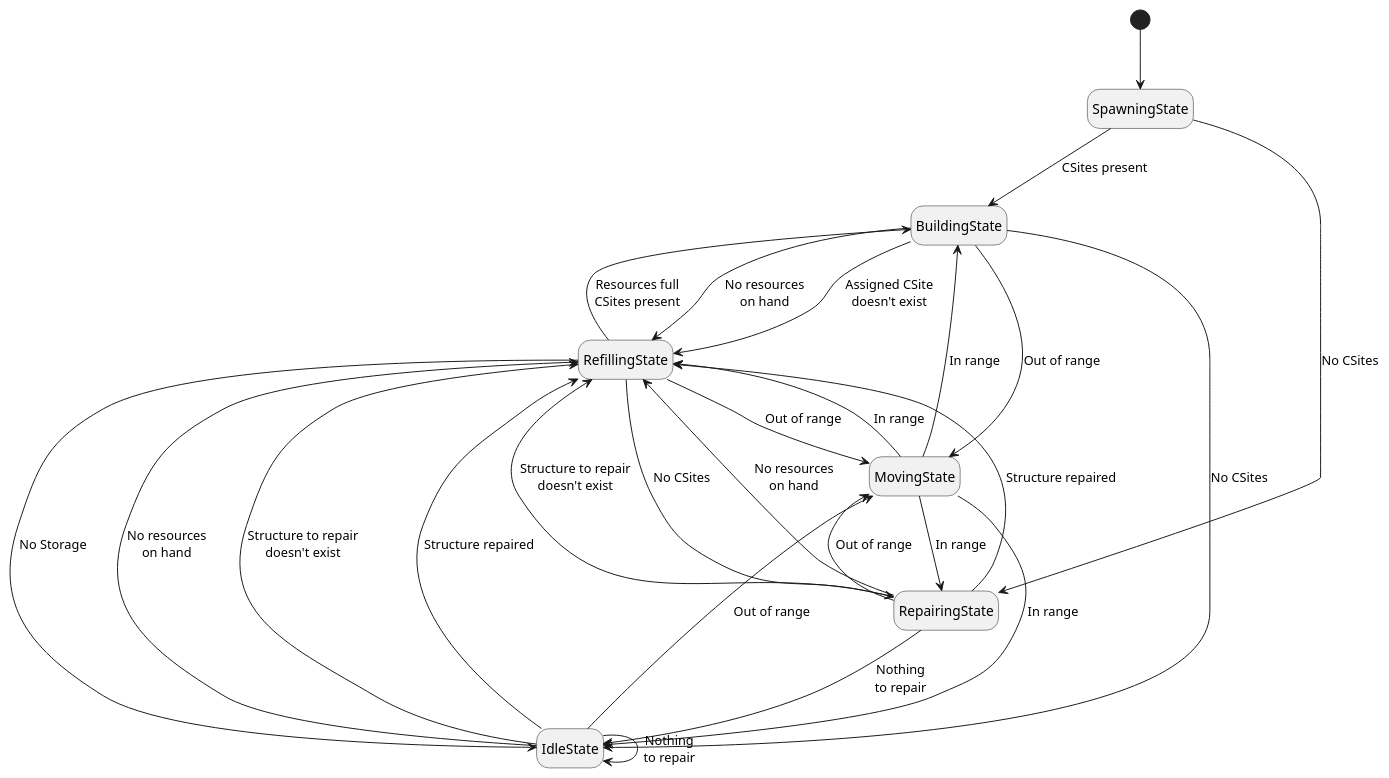
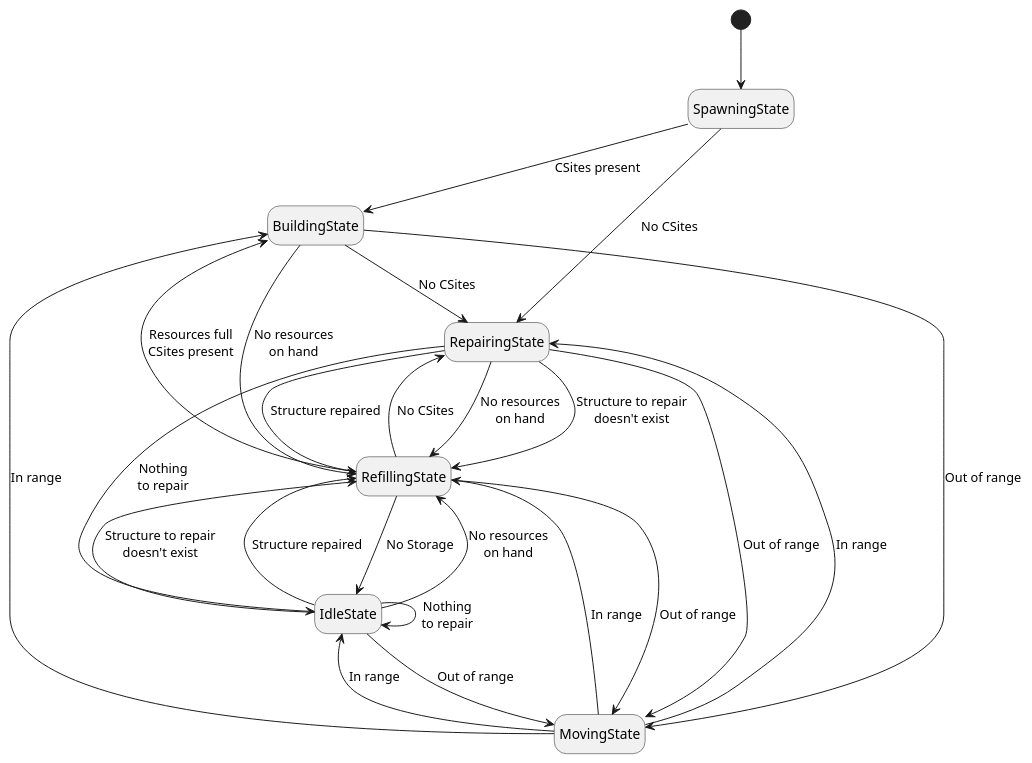
The diagram in docs/roles/Builder.puml (tomekbielaszewski/screeps-typescript), drawn with PlantUML before and after one commit. The commit also changed 2 other files, not shown here.

Commit message:
simplified BuildingState for Builder role and introduced substates

```diff
--- a/docs/roles/Builder.puml
+++ b/docs/roles/Builder.puml
@@ -1,33 +1,32 @@
 @startuml
 hide empty description
 [*] --> SpawningState
 SpawningState --> BuildingState : CSites present
 SpawningState --> RepairingState : No CSites
 
 BuildingState --> RefillingState : No resources\non hand
-BuildingState --> IdleState : No CSites
-BuildingState --> RefillingState : Assigned CSite\ndoesn't exist
+BuildingState --> RepairingState : No CSites
 BuildingState --> MovingState : Out of range
 
 RefillingState --> BuildingState : Resources full\nCSites present
 RefillingState --> RepairingState : No CSites
 RefillingState --> IdleState : No Storage
 RefillingState --> MovingState : Out of range
 
 RepairingState --> RefillingState : No resources\non hand
 RepairingState --> IdleState : Nothing\nto repair
 RepairingState --> RefillingState : Structure to repair\ndoesn't exist
 RepairingState --> RefillingState : Structure repaired
 RepairingState --> MovingState : Out of range
 
 IdleState --> RefillingState : No resources\non hand
 IdleState --> IdleState : Nothing\nto repair
 IdleState --> RefillingState : Structure to repair\ndoesn't exist
 IdleState --> RefillingState : Structure repaired
 IdleState --> MovingState : Out of range
 
 MovingState --> BuildingState : In range
 MovingState --> RefillingState : In range
 MovingState --> RepairingState : In range
 MovingState --> IdleState : In range
 @enduml
```
